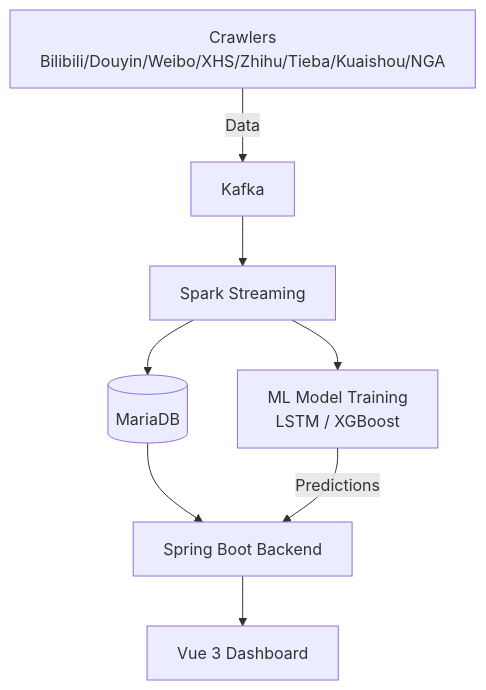
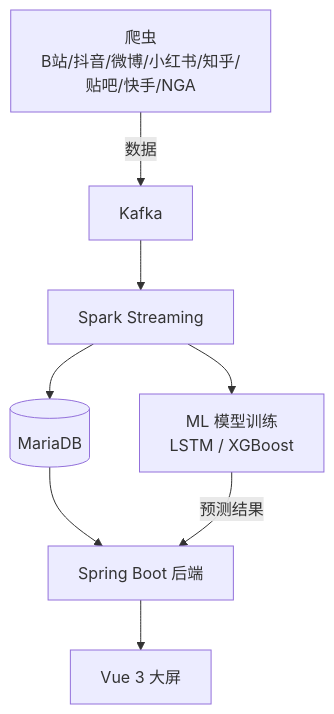
The diagram in README.md (MaIOqwq/gamesparkhot), drawn with Mermaid before and after one commit. The commit also changed other lines of this file, not shown here.

````diff
--- a/README.md
+++ b/README.md
@@ -15,10 +15,10 @@
 ```mermaid
 graph TD
-    A[Crawlers<br/>Bilibili/Douyin/Weibo/XHS/Zhihu/Tieba/Kuaishou/NGA] -->|Data| B[Kafka]
+    A[爬虫<br/>B站/抖音/微博/小红书/知乎/贴吧/快手/NGA] -->|数据| B[Kafka]
     B --> C[Spark Streaming]
     C --> D[(MariaDB)]
-    D --> E[Spring Boot Backend]
-    E --> F[Vue 3 Dashboard]
-    G[ML Model Training<br/>LSTM / XGBoost] -->|Predictions| E
+    D --> E[Spring Boot 后端]
+    E --> F[Vue 3 大屏]
+    G[ML 模型训练<br/>LSTM / XGBoost] -->|预测结果| E
     C --> G
 ```
````
